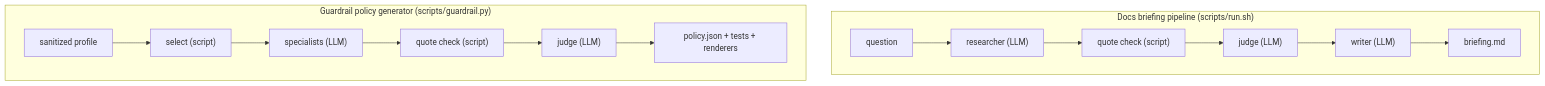
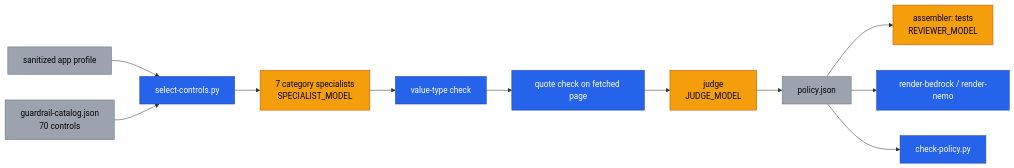
One commit to arifbazli/docker-agent-prisma-cortex changed the diagram in README.md. Above: the diagram before and after it, drawn with Mermaid. The commit also changed other lines of this file and 5 other files, not shown here.

Commit message:
docs: rewrite README; move details into docs/guardrail-generator.md, docs-briefing.md, settings.md; add docs link/path test (#3)

````diff
--- a/README.md
+++ b/README.md
@@ -21,12 +46,17 @@
 ```mermaid
-flowchart TB
-    subgraph Docs["Docs briefing pipeline (scripts/run.sh)"]
-        Q["question"] --> R["researcher (LLM)"] --> QC["quote check (script)"]
-        QC --> J["judge (LLM)"] --> W["writer (LLM)"] --> BR["briefing.md"]
-    end
-    subgraph Gd["Guardrail policy generator (scripts/guardrail.py)"]
-        P["sanitized profile"] --> S["select (script)"] --> Sp["specialists (LLM)"]
-        Sp --> Q2["quote check (script)"] --> J2["judge (LLM)"]
-        J2 --> Pol["policy.json + tests + renderers"]
-    end
+flowchart LR
+    Profile["sanitized app profile"]:::data --> Select["select-controls.py"]:::script
+    Catalog["guardrail-catalog.json<br/>70 controls"]:::data --> Select
+    Select --> Spec["7 category specialists<br/>SPECIALIST_MODEL"]:::llm
+    Spec --> Values["value-type check"]:::script
+    Values --> Quote["quote check on fetched page"]:::script
+    Quote --> Judge["judge<br/>JUDGE_MODEL"]:::llm
+    Judge --> Policy["policy.json"]:::data
+    Policy --> Asm["assembler: tests<br/>REVIEWER_MODEL"]:::llm
+    Policy --> Render["render-bedrock / render-nemo"]:::script
+    Policy --> Check["check-policy.py"]:::script
+
+    classDef script fill:#2563eb,color:#fff,stroke:#1e40af
+    classDef llm fill:#f59e0b,color:#000,stroke:#b45309
+    classDef data fill:#9ca3af,color:#000,stroke:#6b7280
 ```
````
